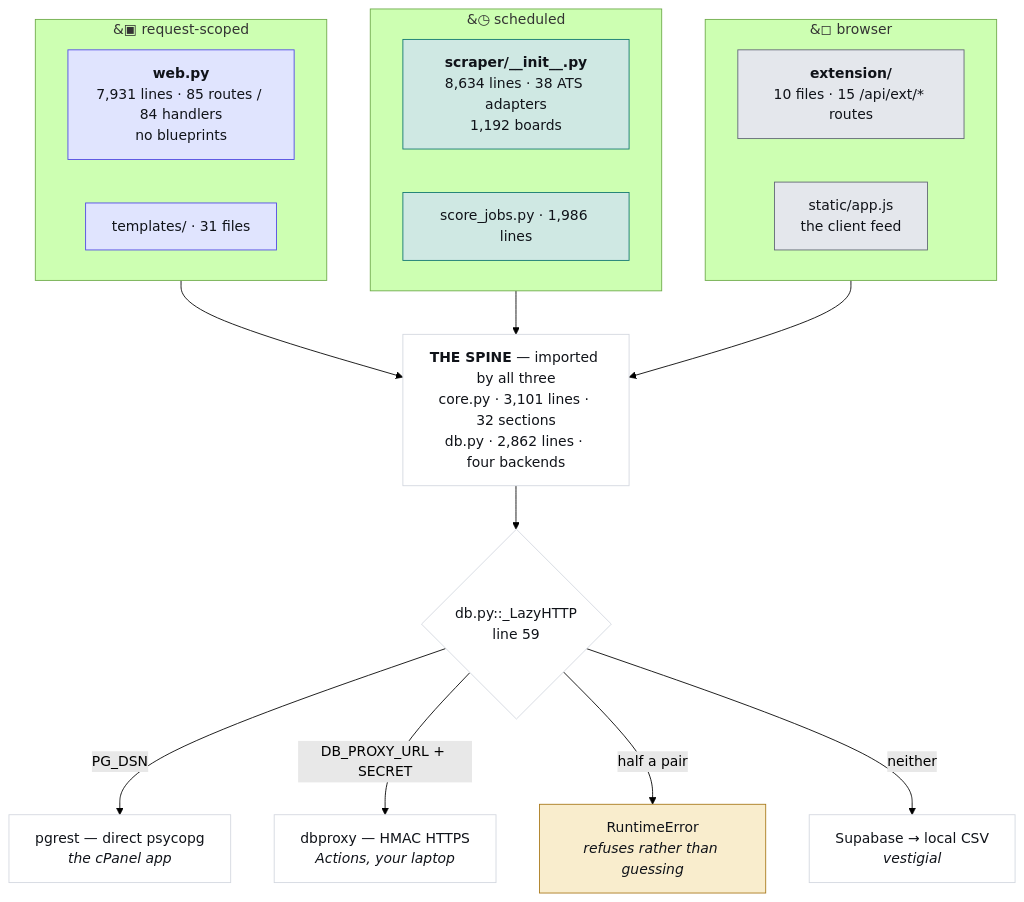
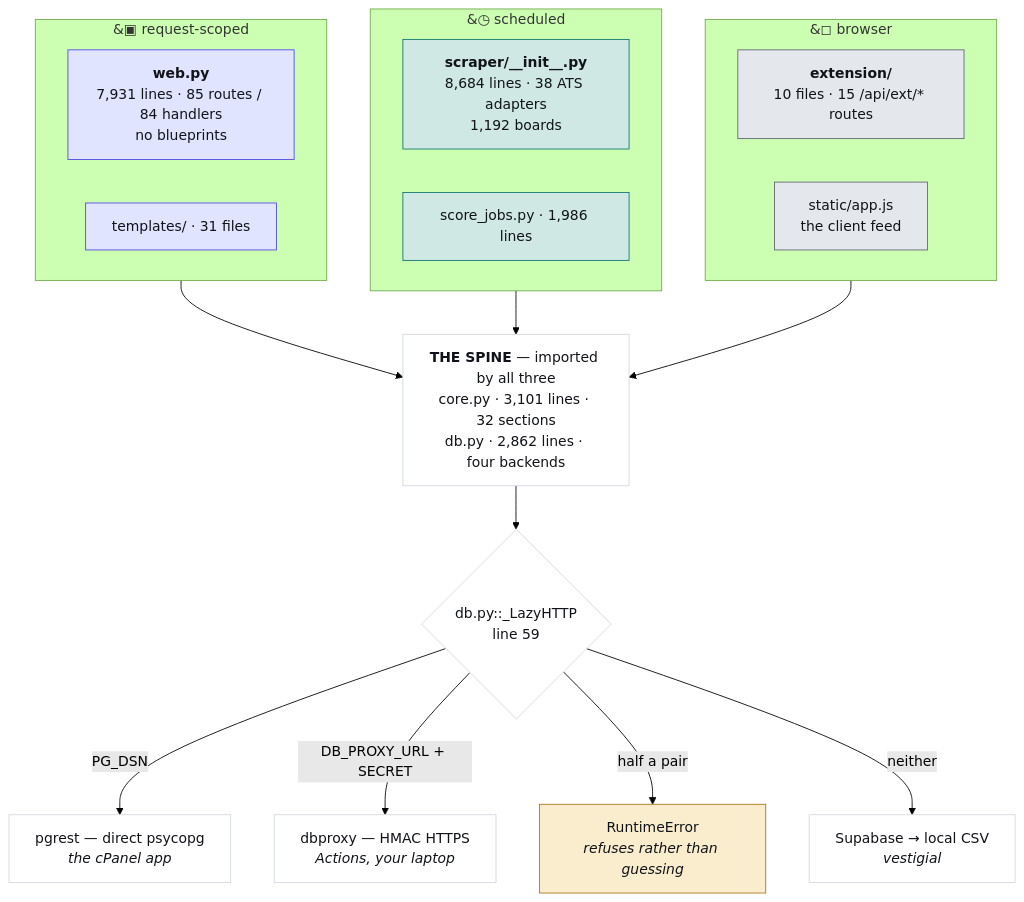
Before and after one commit to hadakunal909-debug/job-search-tool: the first of 4 diagrams in JobMatch Scraper/docs/ARCHITECTURE.md, drawn with Mermaid (forest theme). The commit also changed other lines of this file and 9 other files, not shown here.

````diff
--- a/JobMatch Scraper/docs/ARCHITECTURE.md
+++ b/JobMatch Scraper/docs/ARCHITECTURE.md
@@ -45,34 +45,34 @@
 ```mermaid
 flowchart TB
   subgraph REQ["&#9635; request-scoped"]
     W["<b>web.py</b><br/>7,931 lines · 85 routes / 84 handlers<br/>no blueprints"]
     T["templates/ · 31 files"]
   end
   subgraph SCH["&#9719; scheduled"]
-    S["<b>scraper/__init__.py</b><br/>8,634 lines · 38 ATS adapters<br/>1,192 boards"]
+    S["<b>scraper/__init__.py</b><br/>8,684 lines · 38 ATS adapters<br/>1,192 boards"]
     J["score_jobs.py · 1,986 lines"]
   end
   subgraph CLI["&#9723; browser"]
     E["<b>extension/</b><br/>10 files · 15 /api/ext/* routes"]
     A["static/app.js<br/>the client feed"]
   end
   SPINE["<b>THE SPINE</b> — imported by all three<br/>core.py · 3,101 lines · 32 sections<br/>db.py · 2,862 lines · four backends"]
   REQ --> SPINE
   SCH --> SPINE
   CLI --> SPINE
   SPINE --> D{"db.py::_LazyHTTP<br/>line 59"}
   D -->|"PG_DSN"| P["pgrest — direct psycopg<br/><i>the cPanel app</i>"]
   D -->|"DB_PROXY_URL + SECRET"| X["dbproxy — HMAC HTTPS<br/><i>Actions, your laptop</i>"]
   D -->|"half a pair"| R["RuntimeError<br/><i>refuses rather than guessing</i>"]
   D -->|"neither"| V["Supabase → local CSV<br/><i>vestigial</i>"]
   classDef web fill:#e0e4fe,stroke:#4f46e5,color:#101319
   classDef sched fill:#cfe8e3,stroke:#0f766e,color:#101319
   classDef client fill:#e4e7ec,stroke:#5f6573,color:#101319
   classDef trap fill:#f9edcd,stroke:#a8781a,color:#101319
   classDef plain fill:#ffffff,stroke:#d3d7df,color:#101319
   class W,T web
   class S,J sched
   class E,A client
   class R trap
   class SPINE,D,P,X,V plain
 ```
````
